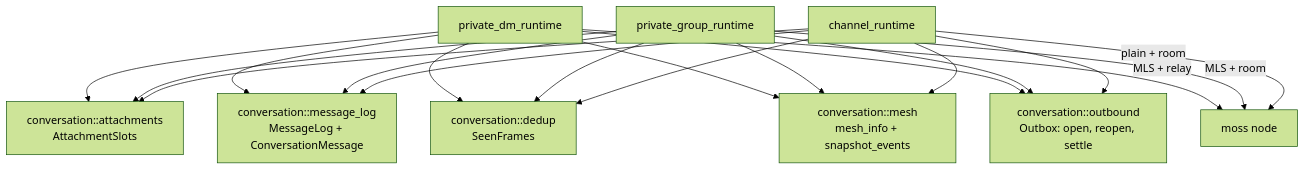
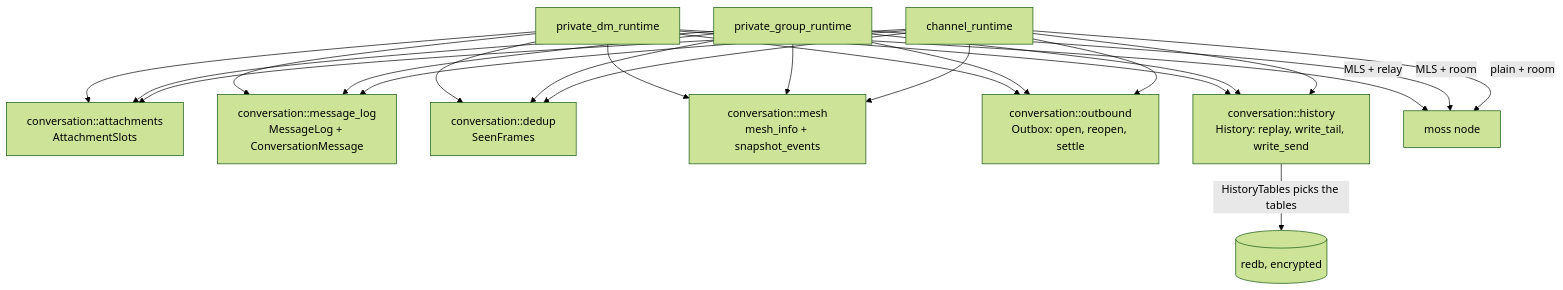
The eighth of 8 diagrams in docs/Architecture.md (redstone-md/mosh-flutter), drawn with Mermaid (forest theme) before and after one commit. The commit also changed other lines of this file and 11 other files, not shown here.

````diff
--- a/docs/Architecture.md
+++ b/docs/Architecture.md
@@ -315,31 +315,37 @@
 ```mermaid
 flowchart TD
     Dm[private_dm_runtime]
     Gr[private_group_runtime]
     Ch[channel_runtime]
     Slots["conversation::attachments<br/>AttachmentSlots"]
     Log["conversation::message_log<br/>MessageLog + ConversationMessage"]
     Seen["conversation::dedup<br/>SeenFrames"]
     Mesh["conversation::mesh<br/>mesh_info + snapshot_events"]
     Out["conversation::outbound<br/>Outbox: open, reopen, settle"]
+    Hist["conversation::history<br/>History: replay, write_tail, write_send"]
     Moss[moss node]
+    Db[(redb, encrypted)]
 
     Dm --> Slots
     Dm --> Log
     Dm --> Seen
     Dm --> Mesh
     Dm --> Out
+    Dm --> Hist
     Gr --> Slots
     Gr --> Log
     Gr --> Seen
     Gr --> Mesh
     Gr --> Out
+    Gr --> Hist
     Ch --> Slots
     Ch --> Log
     Ch --> Seen
     Ch --> Mesh
     Ch --> Out
+    Ch --> Hist
+    Hist -->|"HistoryTables picks the tables"| Db
     Dm -->|"MLS + relay"| Moss
     Gr -->|"MLS + room"| Moss
     Ch -->|"plain + room"| Moss
 ```
````
